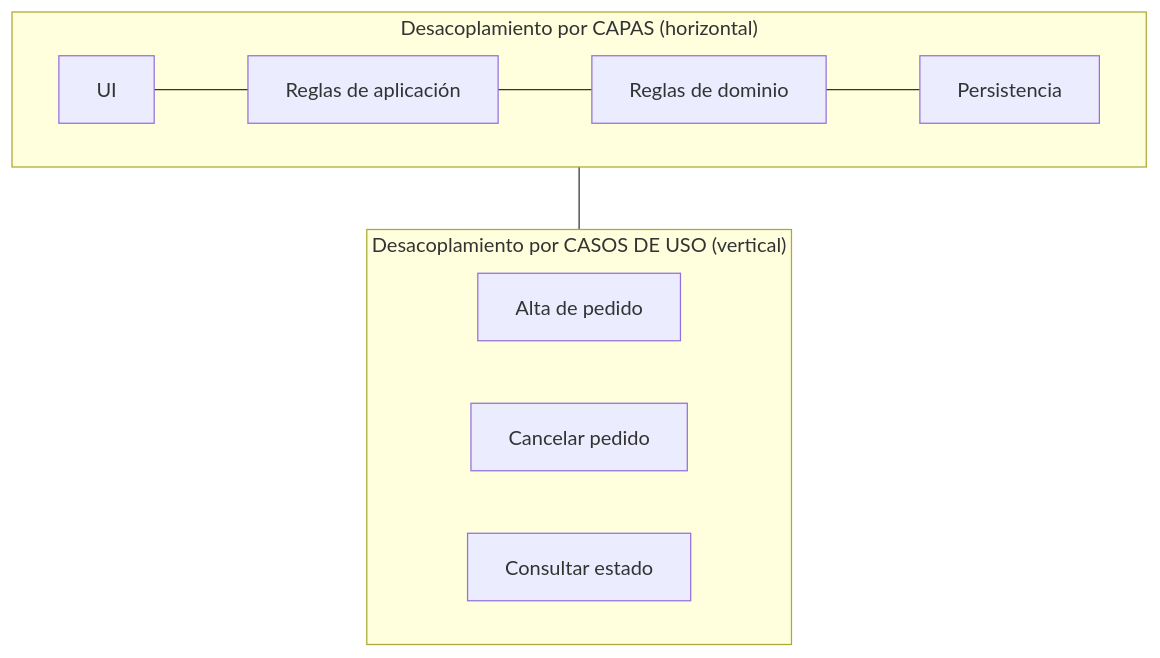
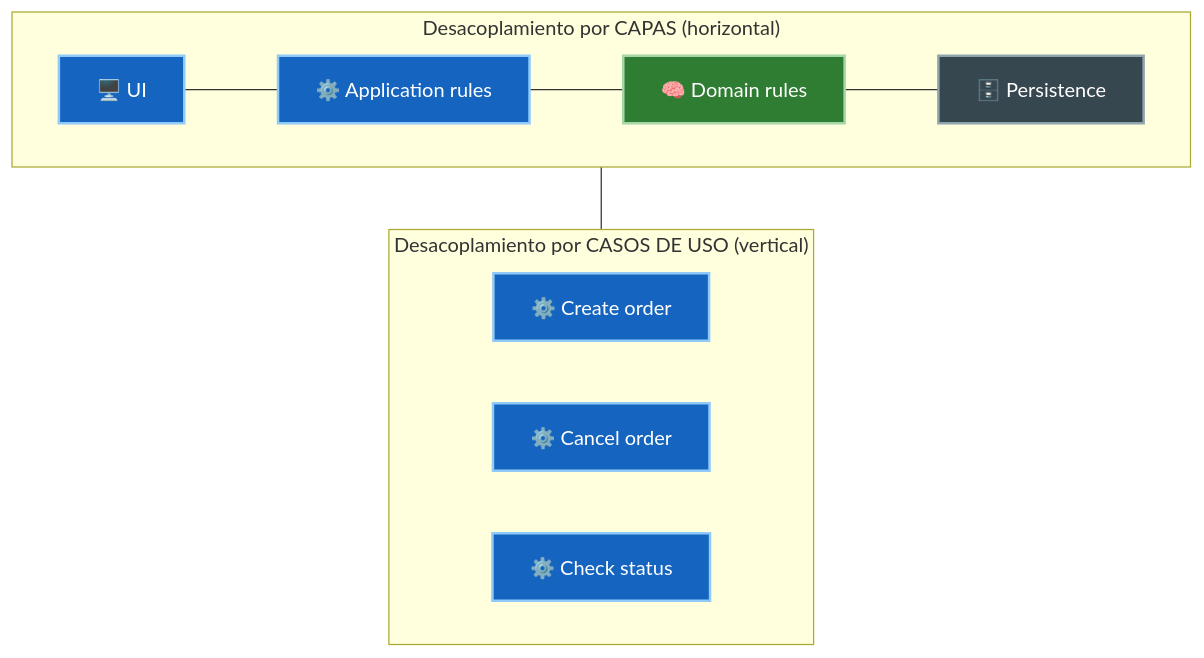
The first of 5 diagrams in 05-arquitectura-conceptos-centrales/04-desacoplamiento-y-duplicacion.md (JavierMachucaA/clean-architecture-guia), drawn with Mermaid before and after one commit. The commit also changed other lines of this file and 45 other files, not shown here.

````diff
--- a/05-arquitectura-conceptos-centrales/04-desacoplamiento-y-duplicacion.md
+++ b/05-arquitectura-conceptos-centrales/04-desacoplamiento-y-duplicacion.md
@@ -10,14 +10,22 @@
 ```mermaid
 flowchart TB
     subgraph capas["Desacoplamiento por CAPAS (horizontal)"]
         direction LR
-        UI["UI"] --- AP["Reglas de aplicación"] --- DOM["Reglas de dominio"] --- P["Persistencia"]
+        UI["🖥️ UI"] --- AP["⚙️ Application rules"] --- DOM["🧠 Domain rules"] --- P["🗄️ Persistence"]
     end
     subgraph casos["Desacoplamiento por CASOS DE USO (vertical)"]
         direction LR
-        C1["Alta de pedido"]
-        C2["Cancelar pedido"]
-        C3["Consultar estado"]
+        C1["⚙️ Create order"]
+        C2["⚙️ Cancel order"]
+        C3["⚙️ Check status"]
     end
     capas --- casos
+
+    style UI fill:#1565c0,stroke:#90caf9,color:#fff,stroke-width:2px
+    style AP fill:#1565c0,stroke:#90caf9,color:#fff,stroke-width:2px
+    style DOM fill:#2e7d32,stroke:#a5d6a7,color:#fff,stroke-width:2px
+    style P fill:#37474f,stroke:#90a4ae,color:#fff,stroke-width:2px
+    style C1 fill:#1565c0,stroke:#90caf9,color:#fff,stroke-width:2px
+    style C2 fill:#1565c0,stroke:#90caf9,color:#fff,stroke-width:2px
+    style C3 fill:#1565c0,stroke:#90caf9,color:#fff,stroke-width:2px
 ```
````
